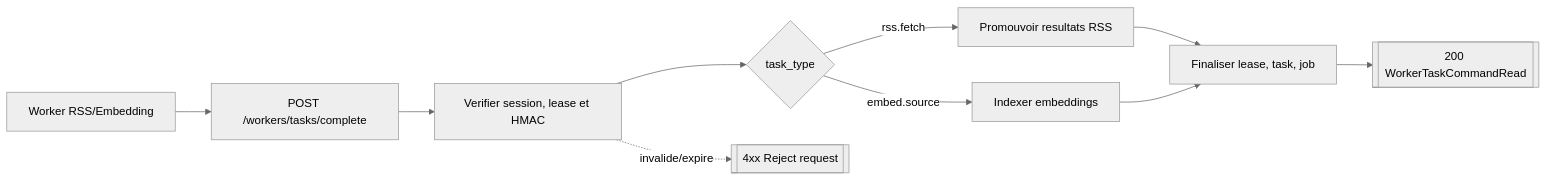
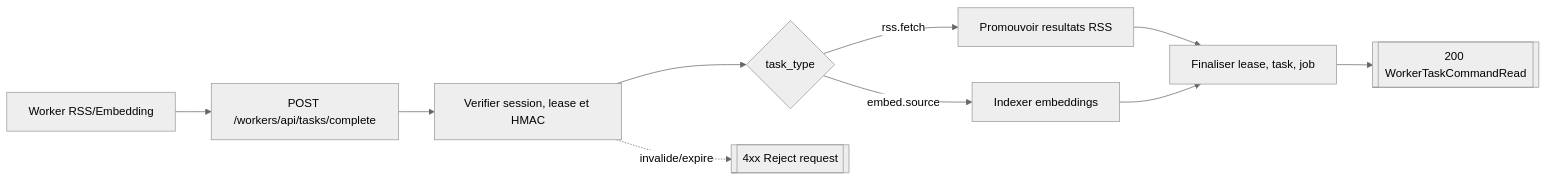
One commit to Manifeed/docs changed the third of 8 diagrams in backend/routes/workers.md. Above: the diagram before and after it, drawn with Mermaid (neutral theme). The commit also changed other lines of this file and 12 other files, not shown here.

````diff
--- a/backend/routes/workers.md
+++ b/backend/routes/workers.md
@@ -69,12 +69,12 @@
 ```mermaid
 flowchart LR
-    worker["Worker RSS/Embedding"] --> route["POST /workers/tasks/complete"]
+    worker["Worker RSS/Embedding"] --> route["POST /workers/api/tasks/complete"]
     route --> verify["Verifier session, lease et HMAC"]
     verify --> branch{"task_type"}
     branch -->|rss.fetch| rss["Promouvoir resultats RSS"]
     branch -->|embed.source| emb["Indexer embeddings"]
     rss --> finalize["Finaliser lease, task, job"]
     emb --> finalize
     finalize --> response[["200 WorkerTaskCommandRead"]]
     verify -. invalide/expire .-> e4xx[["4xx Reject request"]]
 ```
````
